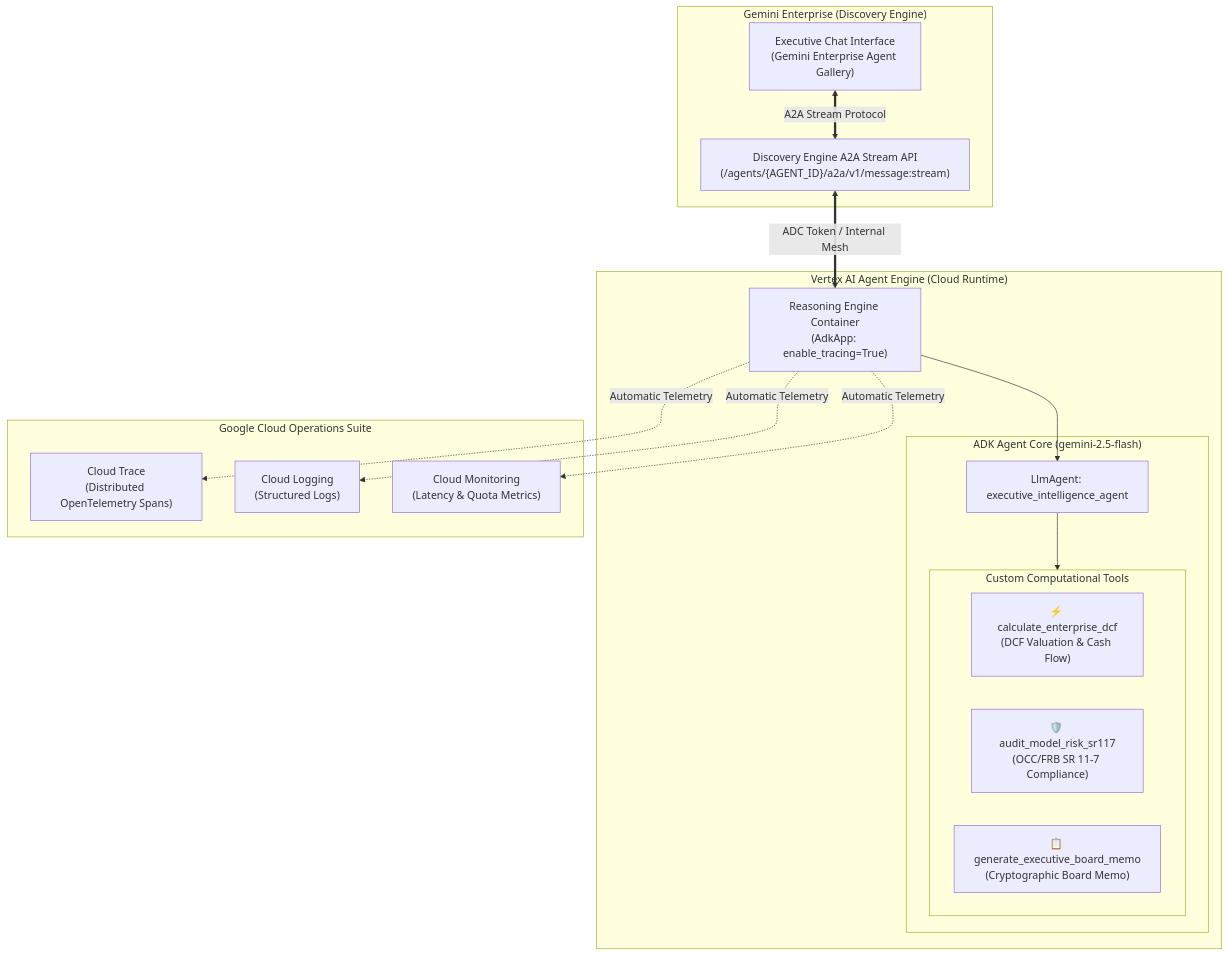
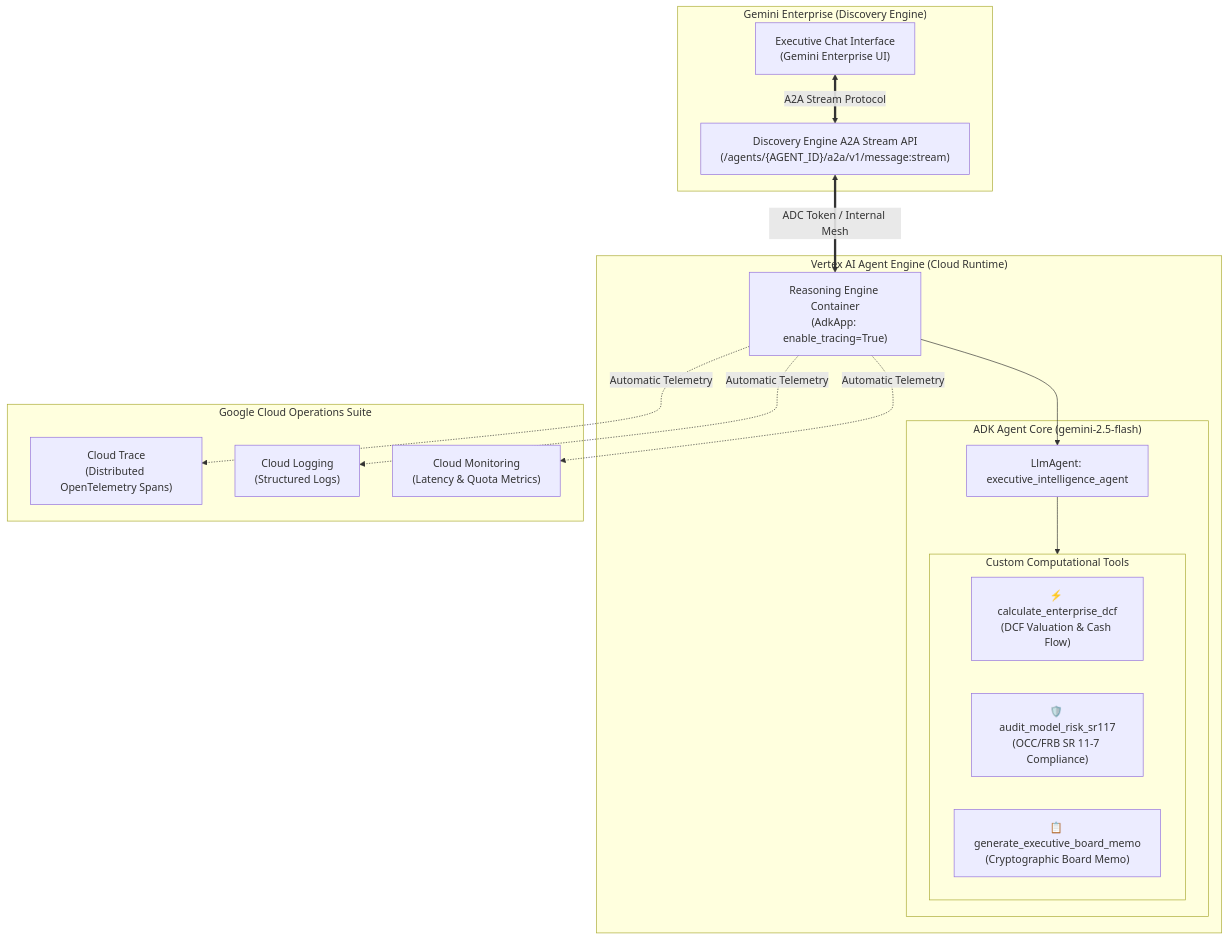
One commit to jchavezar/vertex-ai-samples changed the diagram in semiautonomous-agents/adk-gemini-enterprise-e2e/README.md. Above: the diagram before and after it, drawn with Mermaid. The commit also changed other lines of this file and 1 other file, not shown here.

Commit message:
docs(adk-gemini-enterprise): embed live Gemini Enterprise chat UI demonstration screenshot

````diff
--- a/semiautonomous-agents/adk-gemini-enterprise-e2e/README.md
+++ b/semiautonomous-agents/adk-gemini-enterprise-e2e/README.md
@@ -25,35 +29,35 @@
 ```mermaid
 flowchart TD
     subgraph GEMINI_ENTERPRISE ["Gemini Enterprise (Discovery Engine)"]
-        UserUI["Executive Chat Interface\n(Gemini Enterprise Agent Gallery)"]
+        UserUI["Executive Chat Interface\n(Gemini Enterprise UI)"]
         A2AAPI["Discovery Engine A2A Stream API\n(/agents/{AGENT_ID}/a2a/v1/message:stream)"]
     end
 
     subgraph AGENT_ENGINE_RUNTIME ["Vertex AI Agent Engine (Cloud Runtime)"]
         AE["Reasoning Engine Container\n(AdkApp: enable_tracing=True)"]
         
         subgraph ADK_CORE ["ADK Agent Core (gemini-2.5-flash)"]
             RootAgent["LlmAgent: executive_intelligence_agent"]
             
             subgraph TOOLS ["Custom Computational Tools"]
                 T1["⚡ calculate_enterprise_dcf\n(DCF Valuation & Cash Flow)"]
                 T2["🛡️ audit_model_risk_sr117\n(OCC/FRB SR 11-7 Compliance)"]
                 T3["📋 generate_executive_board_memo\n(Cryptographic Board Memo)"]
             end
         end
     end
 
     subgraph OBSERVABILITY ["Google Cloud Operations Suite"]
         Trace["Cloud Trace\n(Distributed OpenTelemetry Spans)"]
         Logging["Cloud Logging\n(Structured Logs)"]
         Monitoring["Cloud Monitoring\n(Latency & Quota Metrics)"]
     end
 
     UserUI <== "A2A Stream Protocol" ==> A2AAPI
     A2AAPI <== "ADC Token / Internal Mesh" ==> AE
     AE --> RootAgent
     RootAgent --> TOOLS
     AE -.->|Automatic Telemetry| Trace
     AE -.->|Automatic Telemetry| Logging
     AE -.->|Automatic Telemetry| Monitoring
 ```
````
